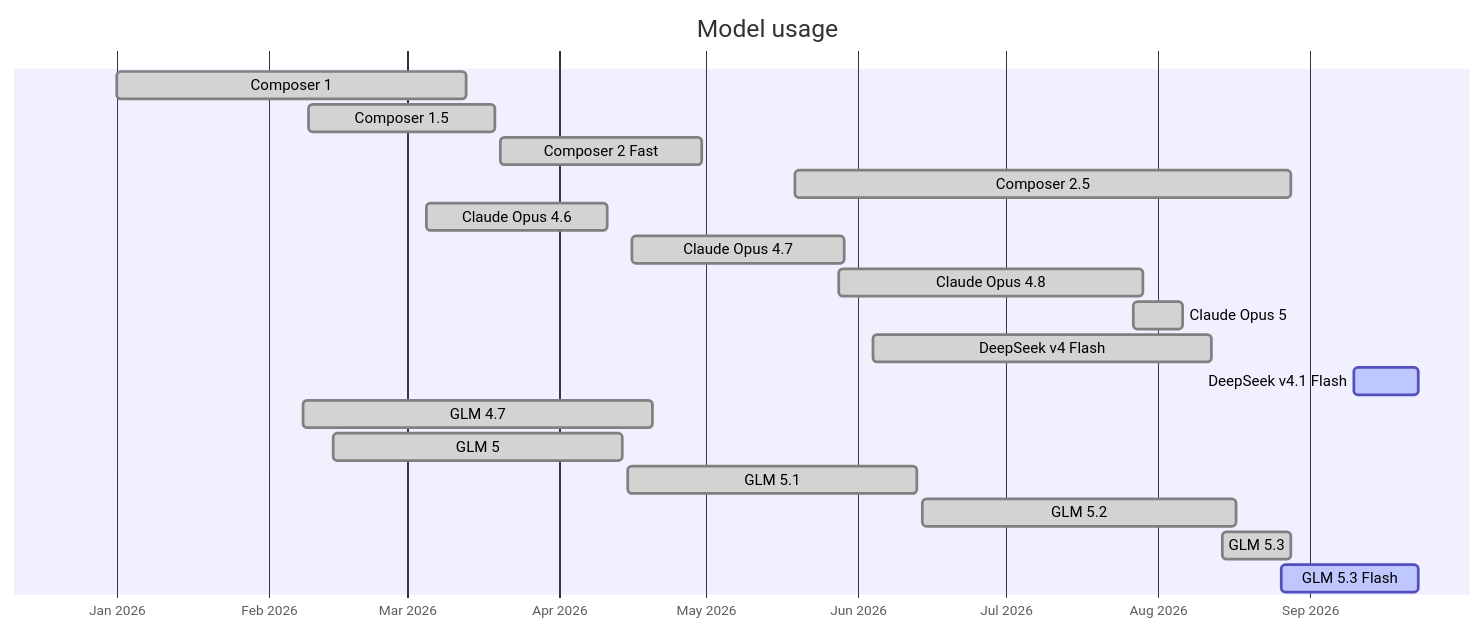
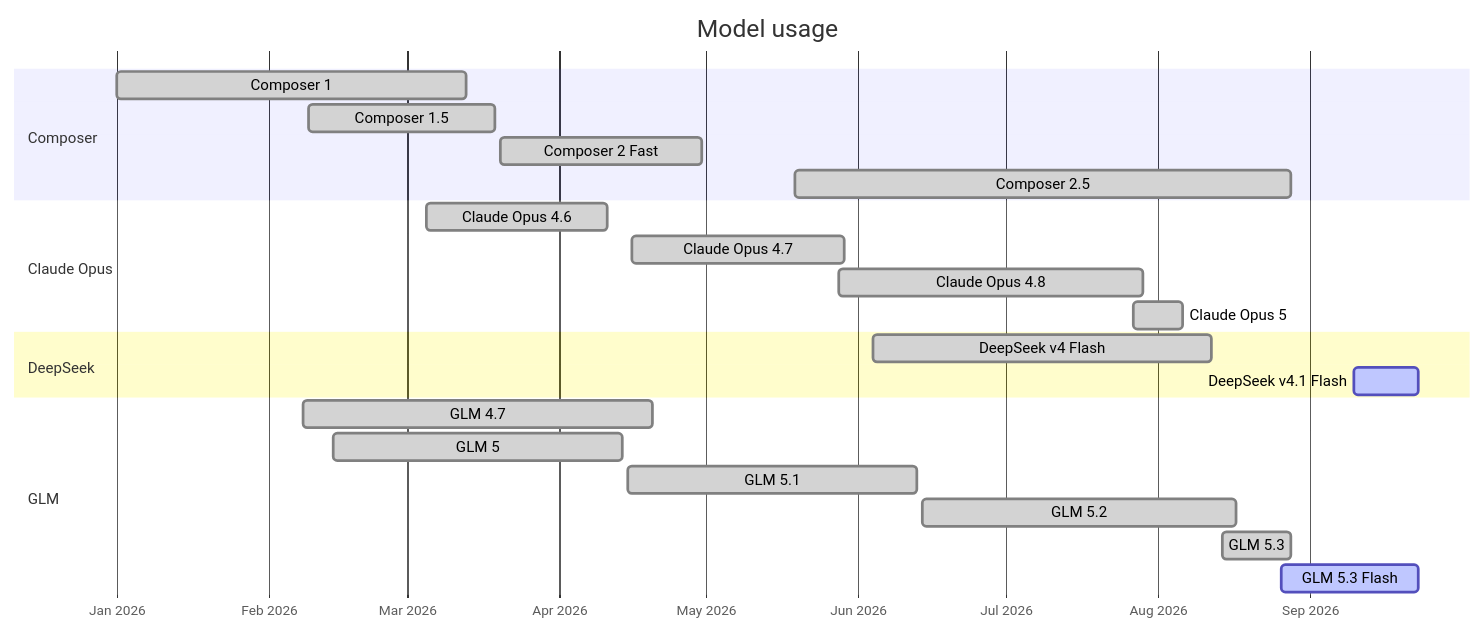
The diagram in ai-tools-i-have-used/index.md (tomzx/blog.tomrochette.com-content), drawn with Mermaid before and after one commit.

Commit message:
Group model usage gantt chart by section

````diff
--- a/ai-tools-i-have-used/index.md
+++ b/ai-tools-i-have-used/index.md
@@ -82,22 +82,26 @@
 ```mermaid
 gantt
     title Model usage
     dateFormat YYYY-MM-DD
     axisFormat %b %Y
+    section Composer
     Composer 1          :done,   2026-01-01, 2026-03-13
     Composer 1.5        :done,   2026-02-09, 2026-03-19
     Composer 2 Fast     :done,   2026-03-20, 2026-04-30
     Composer 2.5        :done,   2026-05-19, 2026-08-28
+    section Claude Opus
     Claude Opus 4.6     :done,   2026-03-05, 2026-04-11
     Claude Opus 4.7     :done,   2026-04-16, 2026-05-29
     Claude Opus 4.8     :done,   2026-05-28, 2026-07-29
     Claude Opus 5       :done,   2026-07-27, 2026-08-06
+    section DeepSeek
     DeepSeek v4 Flash   :done,   2026-06-04, 2026-08-12
     DeepSeek v4.1 Flash :active, 2026-09-10, 2026-09-23
+    section GLM
     GLM 4.7             :done,   2026-02-08, 2026-04-20
     GLM 5               :done,   2026-02-14, 2026-04-14
     GLM 5.1             :done,   2026-04-15, 2026-06-13
     GLM 5.2             :done,   2026-06-14, 2026-08-17
     GLM 5.3             :done,   2026-08-14, 2026-08-28
     GLM 5.3 Flash       :active, 2026-08-26, 2026-09-23
 ```
````
